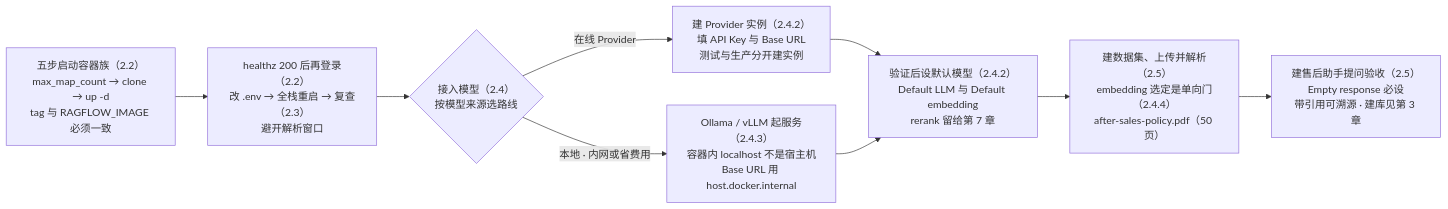
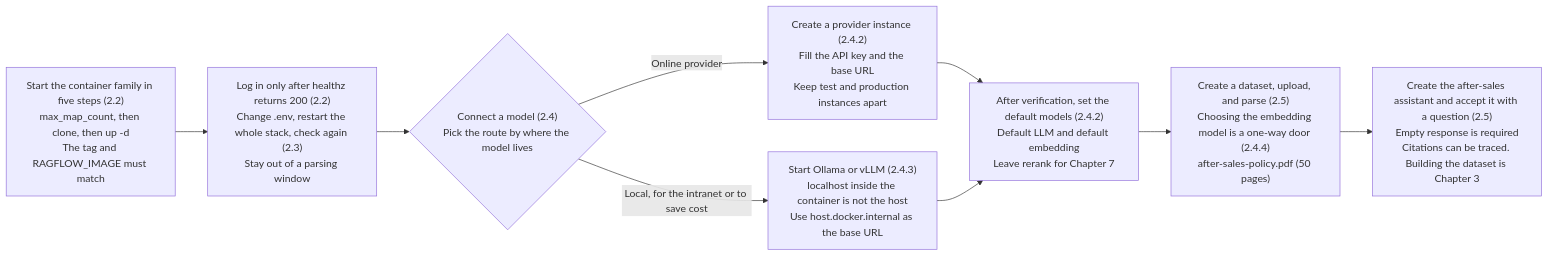
One commit to ybak/ai-tutorial changed the first of 2 diagrams in books/ragflow/en/chapters/02-deploy-models.md. Above: the diagram before and after it, drawn with Mermaid. The commit also changed other lines of this file and 16 other files, not shown here.

First line of the commit message:
docs(ragflow): 按审阅改英文图、注释和正文

````diff
--- a/books/ragflow/en/chapters/02-deploy-models.md
+++ b/books/ragflow/en/chapters/02-deploy-models.md
@@ -11,11 +11,11 @@
 ```mermaid
 flowchart LR
-    A["五步启动容器族（2.2）<br/>max_map_count → clone → up -d<br/>tag 与 RAGFLOW_IMAGE 必须一致"] --> B["healthz 200 后再登录（2.2）<br/>改 .env → 全栈重启 → 复查（2.3）<br/>避开解析窗口"]
-    B --> C{"接入模型（2.4）<br/>按模型来源选路线"}
-    C -->|"在线 Provider"| D["建 Provider 实例（2.4.2）<br/>填 API Key 与 Base URL<br/>测试与生产分开建实例"]
-    C -->|"本地 · 内网或省费用"| E["Ollama / vLLM 起服务（2.4.3）<br/>容器内 localhost 不是宿主机<br/>Base URL 用 host.docker.internal"]
-    D --> F["验证后设默认模型（2.4.2）<br/>Default LLM 与 Default embedding<br/>rerank 留给第 7 章"]
+    A["Start the container family in five steps (2.2)<br/>max_map_count, then clone, then up -d<br/>The tag and RAGFLOW_IMAGE must match"] --> B["Log in only after healthz returns 200 (2.2)<br/>Change .env, restart the whole stack, check again (2.3)<br/>Stay out of a parsing window"]
+    B --> C{"Connect a model (2.4)<br/>Pick the route by where the model lives"}
+    C -->|"Online provider"| D["Create a provider instance (2.4.2)<br/>Fill the API key and the base URL<br/>Keep test and production instances apart"]
+    C -->|"Local, for the intranet or to save cost"| E["Start Ollama or vLLM (2.4.3)<br/>localhost inside the container is not the host<br/>Use host.docker.internal as the base URL"]
+    D --> F["After verification, set the default models (2.4.2)<br/>Default LLM and default embedding<br/>Leave rerank for Chapter 7"]
     E --> F
-    F --> G["建数据集、上传并解析（2.5）<br/>embedding 选定是单向门（2.4.4）<br/>after-sales-policy.pdf（50 页）"]
-    G --> H["建售后助手提问验收（2.5）<br/>Empty response 必设<br/>带引用可溯源 · 建库见第 3 章"]
+    F --> G["Create a dataset, upload, and parse (2.5)<br/>Choosing the embedding model is a one-way door (2.4.4)<br/>after-sales-policy.pdf (50 pages)"]
+    G --> H["Create the after-sales assistant and accept it with a question (2.5)<br/>Empty response is required<br/>Citations can be traced. Building the dataset is Chapter 3"]
 ```
````
